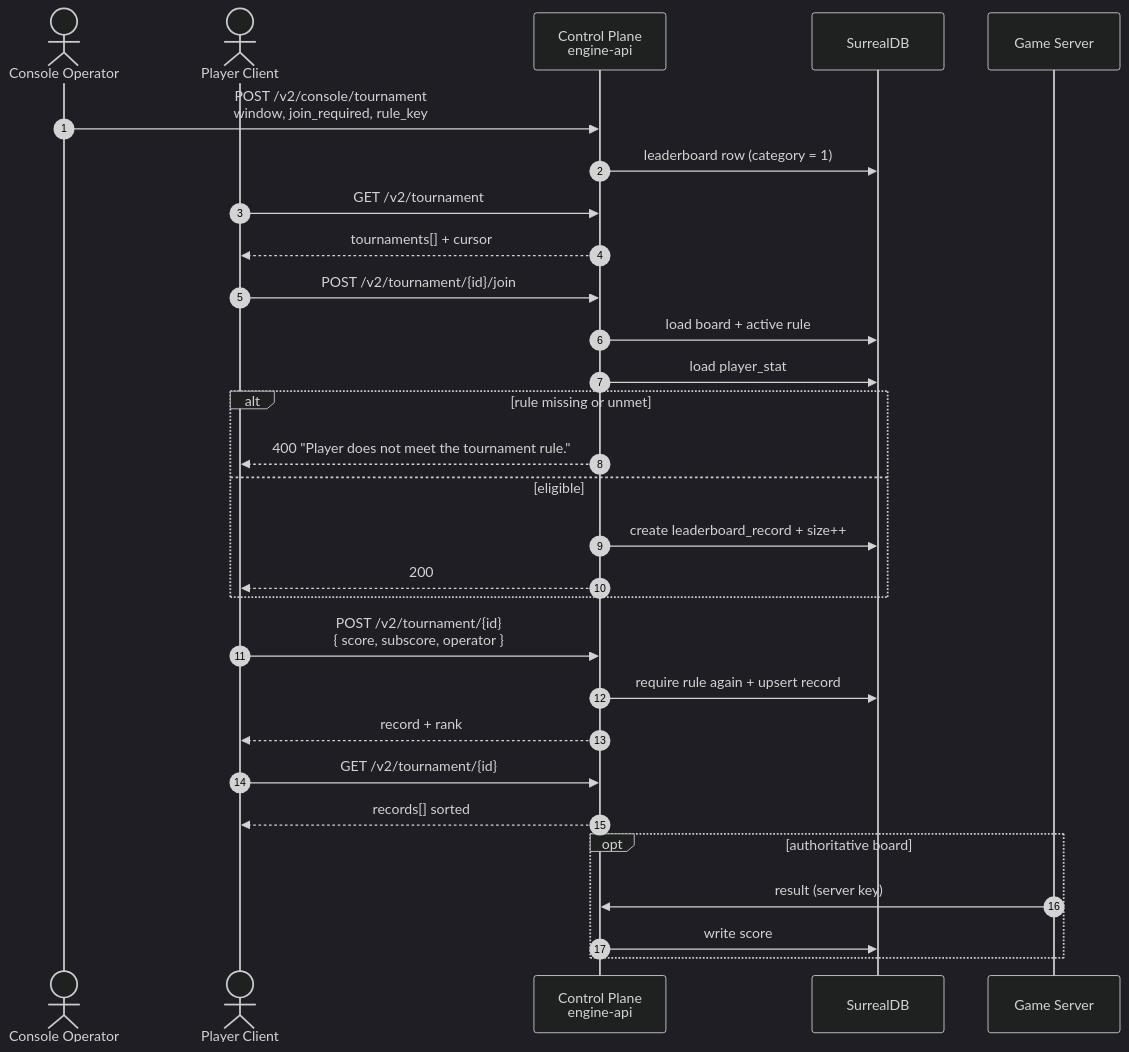
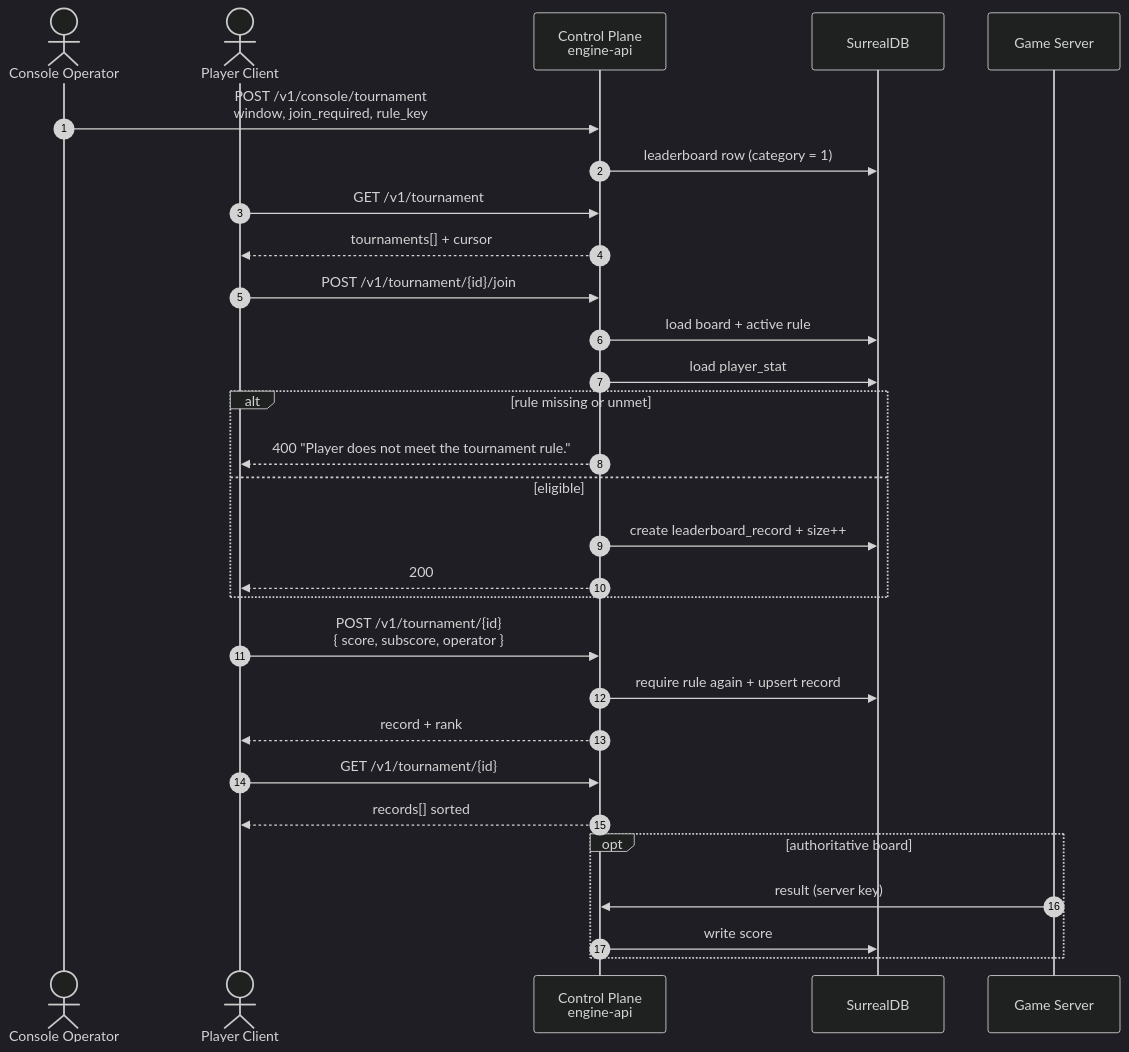
Before and after one commit to ananddub/cyg: the diagram in docs/flows/tournament.mmd, drawn with Mermaid (dark theme). The commit also changed 644 other files, not shown here.

```diff
--- a/docs/flows/tournament.mmd
+++ b/docs/flows/tournament.mmd
@@ -1,35 +1,35 @@
 sequenceDiagram
     autonumber
     actor O as Console Operator
     actor P as Player Client
     participant API as Control Plane<br/>engine-api
     participant DB as SurrealDB
     participant GS as Game Server
 
-    O->>API: POST /v2/console/tournament<br/>window, join_required, rule_key
+    O->>API: POST /v1/console/tournament<br/>window, join_required, rule_key
     API->>DB: leaderboard row (category = 1)
 
-    P->>API: GET /v2/tournament
+    P->>API: GET /v1/tournament
     API-->>P: tournaments[] + cursor
 
-    P->>API: POST /v2/tournament/{id}/join
+    P->>API: POST /v1/tournament/{id}/join
     API->>DB: load board + active rule
     API->>DB: load player_stat
     alt rule missing or unmet
         API-->>P: 400 "Player does not meet the tournament rule."
     else eligible
         API->>DB: create leaderboard_record + size++
         API-->>P: 200
     end
 
-    P->>API: POST /v2/tournament/{id}<br/>{ score, subscore, operator }
+    P->>API: POST /v1/tournament/{id}<br/>{ score, subscore, operator }
     API->>DB: require rule again + upsert record
     API-->>P: record + rank
 
-    P->>API: GET /v2/tournament/{id}
+    P->>API: GET /v1/tournament/{id}
     API-->>P: records[] sorted
 
     opt authoritative board
         GS->>API: result (server key)
         API->>DB: write score
     end
```
